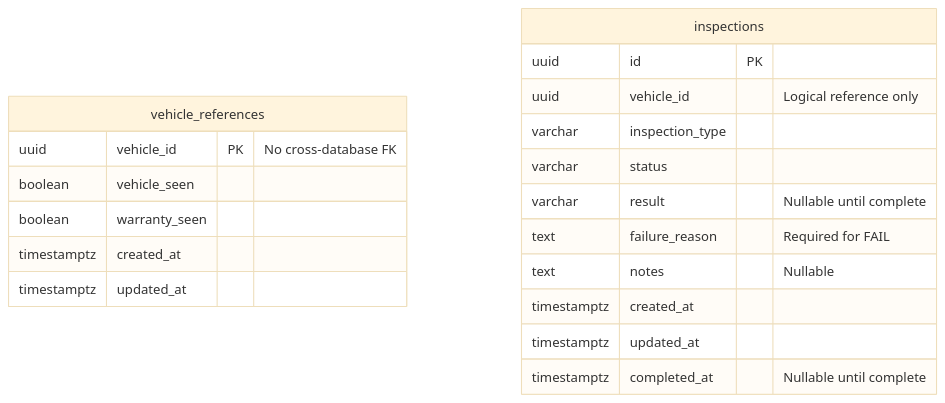
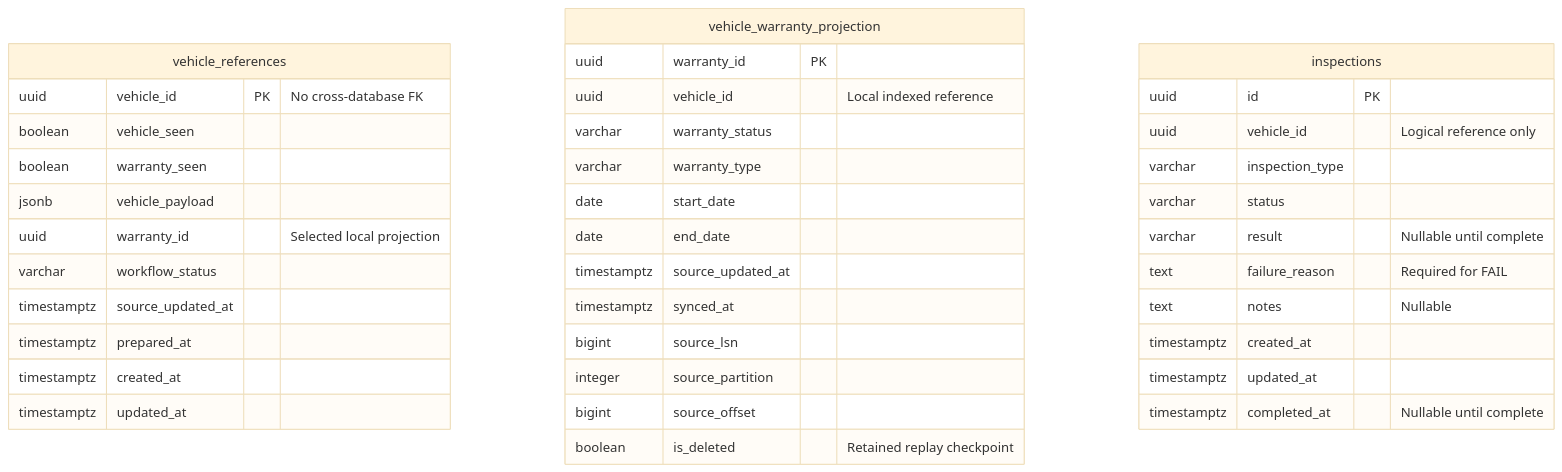
The diagram in lab/docs/diagrams/sources/inspection-erd.mmd (Huy-8bit/interview), drawn with Mermaid (base theme) before and after one commit. The commit also changed 141 other files, not shown here.

```diff
--- a/lab/docs/diagrams/sources/inspection-erd.mmd
+++ b/lab/docs/diagrams/sources/inspection-erd.mmd
@@ -1,21 +1,40 @@
 erDiagram
     %% diagram: inspection-erd
     vehicle_references {
         uuid vehicle_id PK "No cross-database FK"
         boolean vehicle_seen
         boolean warranty_seen
+        jsonb vehicle_payload
+        uuid warranty_id "Selected local projection"
+        varchar workflow_status
+        timestamptz source_updated_at
+        timestamptz prepared_at
         timestamptz created_at
         timestamptz updated_at
+    }
+    vehicle_warranty_projection {
+        uuid warranty_id PK
+        uuid vehicle_id "Local indexed reference"
+        varchar warranty_status
+        varchar warranty_type
+        date start_date
+        date end_date
+        timestamptz source_updated_at
+        timestamptz synced_at
+        bigint source_lsn
+        integer source_partition
+        bigint source_offset
+        boolean is_deleted "Retained replay checkpoint"
     }
     inspections {
         uuid id PK
         uuid vehicle_id "Logical reference only"
         varchar inspection_type
         varchar status
         varchar result "Nullable until complete"
         text failure_reason "Required for FAIL"
         text notes "Nullable"
         timestamptz created_at
         timestamptz updated_at
         timestamptz completed_at "Nullable until complete"
     }
```
